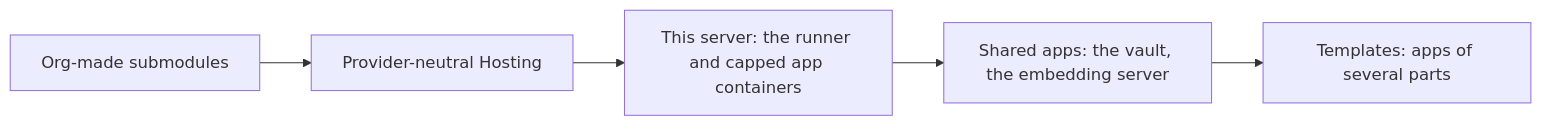
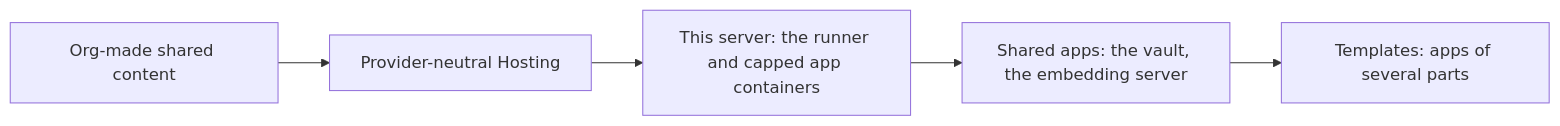
One commit to asusoda/platform changed the diagram in docs/roadmap.md. Above: the diagram before and after it, drawn with Mermaid. The commit also changed other lines of this file and 187 other files, not shown here.

First line of the commit message:
Move shared content into knowledge and feeds sub-modules (#606)

````diff
--- a/docs/roadmap.md
+++ b/docs/roadmap.md
@@ -17,7 +17,7 @@
 ```mermaid
 flowchart LR
-  a["Org-made submodules"] --> b["Provider-neutral Hosting"]
+  a["Org-made shared content"] --> b["Provider-neutral Hosting"]
   b --> d["This server: the runner and capped app containers"]
   d --> e["Shared apps: the vault, the embedding server"]
   e --> f["Templates: apps of several parts"]
 ```
````
